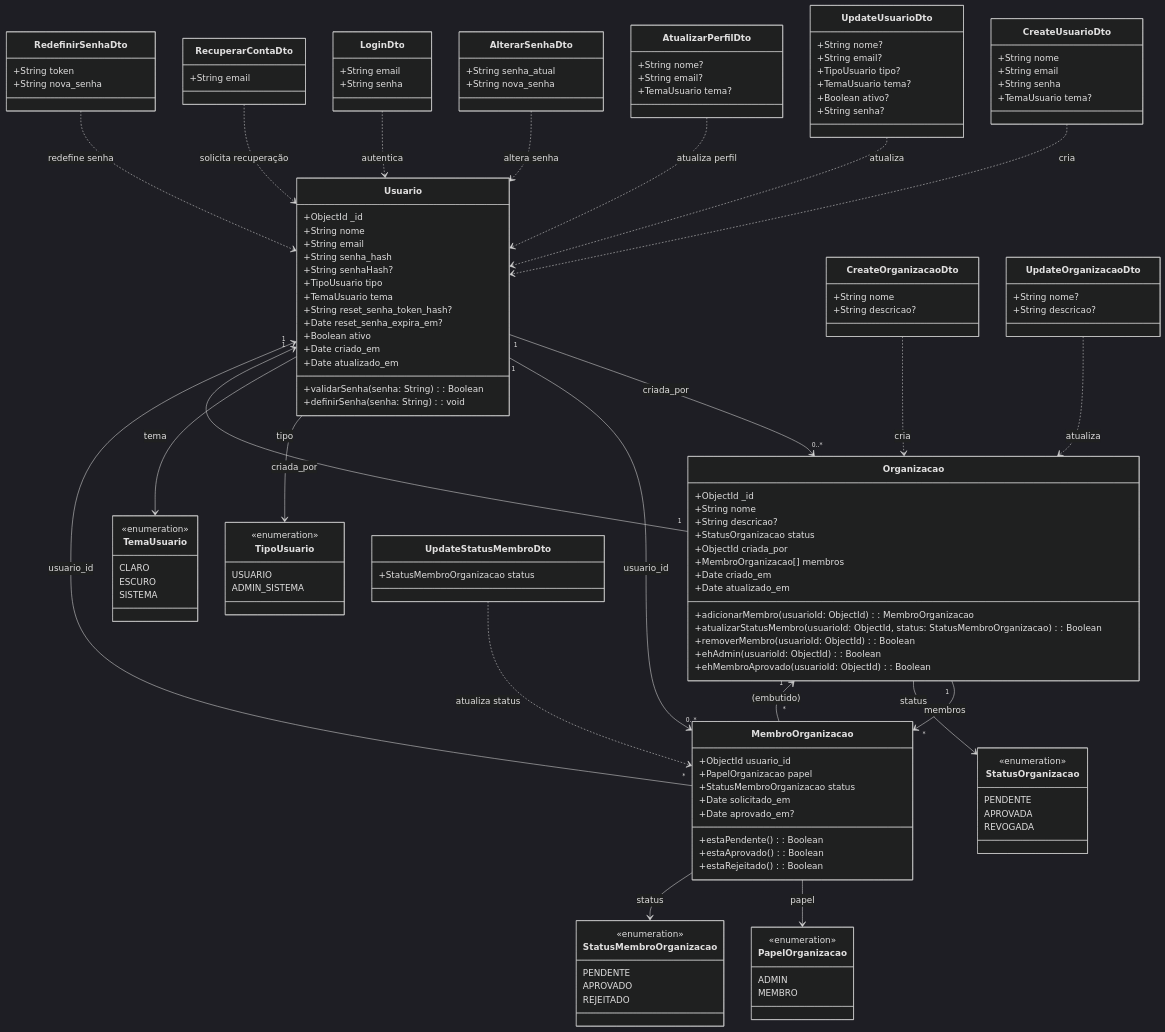
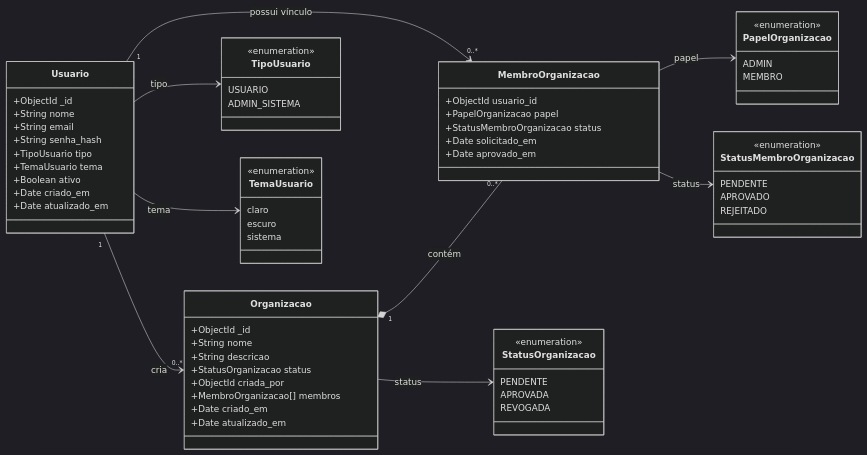
The diagram in docs/cadastro-usuario/3 - diagrama-classes-cadastro-usuario.md (MrLucasMoreira/PDSI-Conecta-), drawn with Mermaid (dark theme) before and after one commit. The commit also changed other lines of this file and 7 other files, not shown here.

````diff
--- a/docs/cadastro-usuario/3 - diagrama-classes-cadastro-usuario.md
+++ b/docs/cadastro-usuario/3 - diagrama-classes-cadastro-usuario.md
@@ -1,6 +6,38 @@
 ```mermaid
 classDiagram
-    %% ==================== ENUMS ====================
+    direction LR
+
+    class Usuario {
+        +ObjectId _id
+        +String nome
+        +String email
+        +String senha_hash
+        +TipoUsuario tipo
+        +TemaUsuario tema
+        +Boolean ativo
+        +Date criado_em
+        +Date atualizado_em
+    }
+
+    class Organizacao {
+        +ObjectId _id
+        +String nome
+        +String descricao
+        +StatusOrganizacao status
+        +ObjectId criada_por
+        +MembroOrganizacao[] membros
+        +Date criado_em
+        +Date atualizado_em
+    }
+
+    class MembroOrganizacao {
+        +ObjectId usuario_id
+        +PapelOrganizacao papel
+        +StatusMembroOrganizacao status
+        +Date solicitado_em
+        +Date aprovado_em
+    }
+
     class TipoUsuario {
         <<enumeration>>
         USUARIO
@@ -9,9 +46,9 @@
 
     class TemaUsuario {
         <<enumeration>>
-        CLARO
-        ESCURO
-        SISTEMA
+        claro
+        escuro
+        sistema
     }
 
     class StatusOrganizacao {
@@ -34,128 +71,10 @@
         REJEITADO
     }
 
-    %% ==================== CLASSES PRINCIPAIS ====================
-    class Usuario {
-        +ObjectId _id
-        +String nome
-        +String email
-        +String senha_hash
-        +String senhaHash?
-        +TipoUsuario tipo
-        +TemaUsuario tema
-        +String reset_senha_token_hash?
-        +Date reset_senha_expira_em?
-        +Boolean ativo
-        +Date criado_em
-        +Date atualizado_em
-        +validarSenha(senha: String): Boolean
-        +definirSenha(senha: String): void
-    }
+    Usuario "1" --> "0..*" Organizacao : cria
+    Organizacao "1" *-- "0..*" MembroOrganizacao : contém
+    Usuario "1" --> "0..*" MembroOrganizacao : possui vínculo
 
-    class Organizacao {
-        +ObjectId _id
-        +String nome
-        +String descricao?
-        +StatusOrganizacao status
-        +ObjectId criada_por
-        +MembroOrganizacao[] membros
-        +Date criado_em
-        +Date atualizado_em
-        +adicionarMembro(usuarioId: ObjectId): MembroOrganizacao
-        +atualizarStatusMembro(usuarioId: ObjectId, status: StatusMembroOrganizacao): Boolean
-        +removerMembro(usuarioId: ObjectId): Boolean
-        +ehAdmin(usuarioId: ObjectId): Boolean
-        +ehMembroAprovado(usuarioId: ObjectId): Boolean
-    }
-
-    class MembroOrganizacao {
-        +ObjectId usuario_id
-        +PapelOrganizacao papel
-        +StatusMembroOrganizacao status
-        +Date solicitado_em
-        +Date aprovado_em?
-        +estaPendente(): Boolean
-        +estaAprovado(): Boolean
-        +estaRejeitado(): Boolean
-    }
-
-    %% ==================== DTOs (API Contracts) ====================
-    class CreateUsuarioDto {
-        +String nome
-        +String email
-        +String senha
-        +TemaUsuario tema?
-    }
-
-    class UpdateUsuarioDto {
-        +String nome?
-        +String email?
-        +TipoUsuario tipo?
-        +TemaUsuario tema?
-        +Boolean ativo?
-        +String senha?
-    }
-
-    class AtualizarPerfilDto {
-        +String nome?
-        +String email?
-        +TemaUsuario tema?
-    }
-
-    class AlterarSenhaDto {
-        +String senha_atual
-        +String nova_senha
-    }
-
-    class CreateOrganizacaoDto {
-        +String nome
-        +String descricao?
-    }
-
-    class UpdateOrganizacaoDto {
-        +String nome?
-        +String descricao?
-    }
-
-    class UpdateStatusMembroDto {
-        +StatusMembroOrganizacao status
-    }
-
-    class LoginDto {
-        +String email
-        +String senha
-    }
-
-    class RecuperarContaDto {
-        +String email
-    }
-
-    class RedefinirSenhaDto {
-        +String token
-        +String nova_senha
-    }
-
-    %% ==================== RELACIONAMENTOS ====================
-    Usuario "1" --> "0..*" Organizacao : criada_por
-    Usuario "1" --> "0..*" MembroOrganizacao : usuario_id
-    Organizacao "1" --> "1" Usuario : criada_por
-    Organizacao "1" --> "*" MembroOrganizacao : membros
-    MembroOrganizacao "*" --> "1" Usuario : usuario_id
-    MembroOrganizacao "*" --> "1" Organizacao : (embutido)
-
-    %% DTOs relations
-    CreateUsuarioDto ..> Usuario : cria
-    UpdateUsuarioDto ..> Usuario : atualiza
-    AtualizarPerfilDto ..> Usuario : atualiza perfil
-    AlterarSenhaDto ..> Usuario : altera senha
-    CreateOrganizacaoDto ..> Organizacao : cria
-    UpdateOrganizacaoDto ..> Organizacao : atualiza
-    UpdateStatusMembroDto ..> MembroOrganizacao : atualiza status
-    LoginDto ..> Usuario : autentica
-    RecuperarContaDto ..> Usuario : solicita recuperação
-    RedefinirSenhaDto ..> Usuario : redefine senha
-
-    %% Enum usage
     Usuario --> TipoUsuario : tipo
     Usuario --> TemaUsuario : tema
     Organizacao --> StatusOrganizacao : status
````
